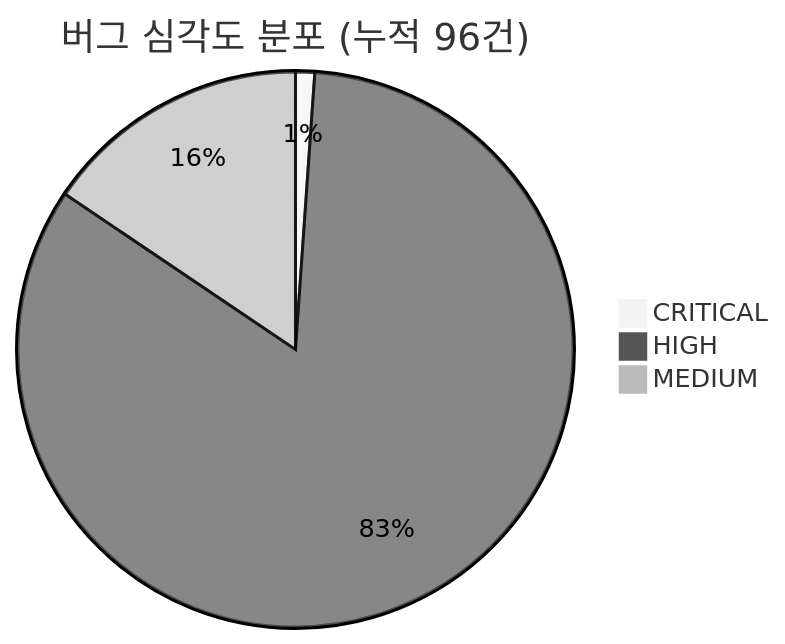
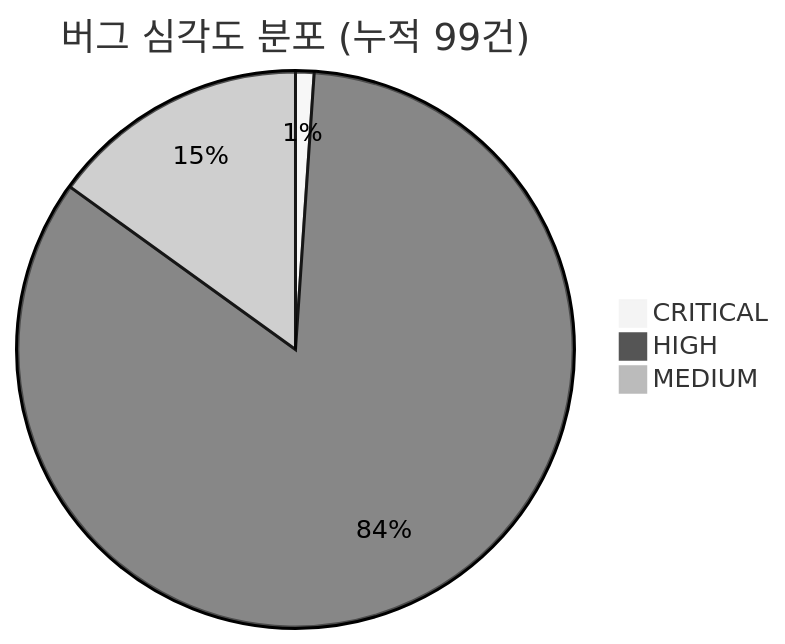
One commit to sun475300-sudo/Swarm-control-in-sc2bot changed diagram 20 of 31 in README.md. Above: the diagram before and after it, drawn with Mermaid (neutral theme). The commit also changed other lines of this file, not shown here.

````diff
--- a/README.md
+++ b/README.md
@@ -595,6 +595,6 @@
 ```mermaid
-pie title 버그 심각도 분포 (누적 96건)
+pie title 버그 심각도 분포 (누적 99건)
     "CRITICAL" : 1
-    "HIGH" : 75
+    "HIGH" : 78
     "MEDIUM" : 14
 ```
````
